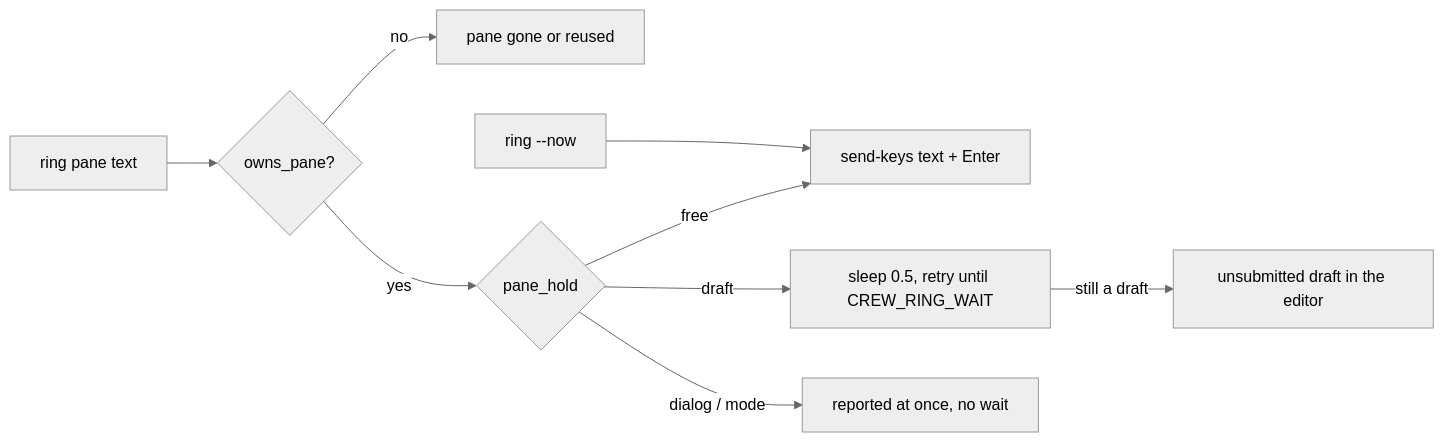
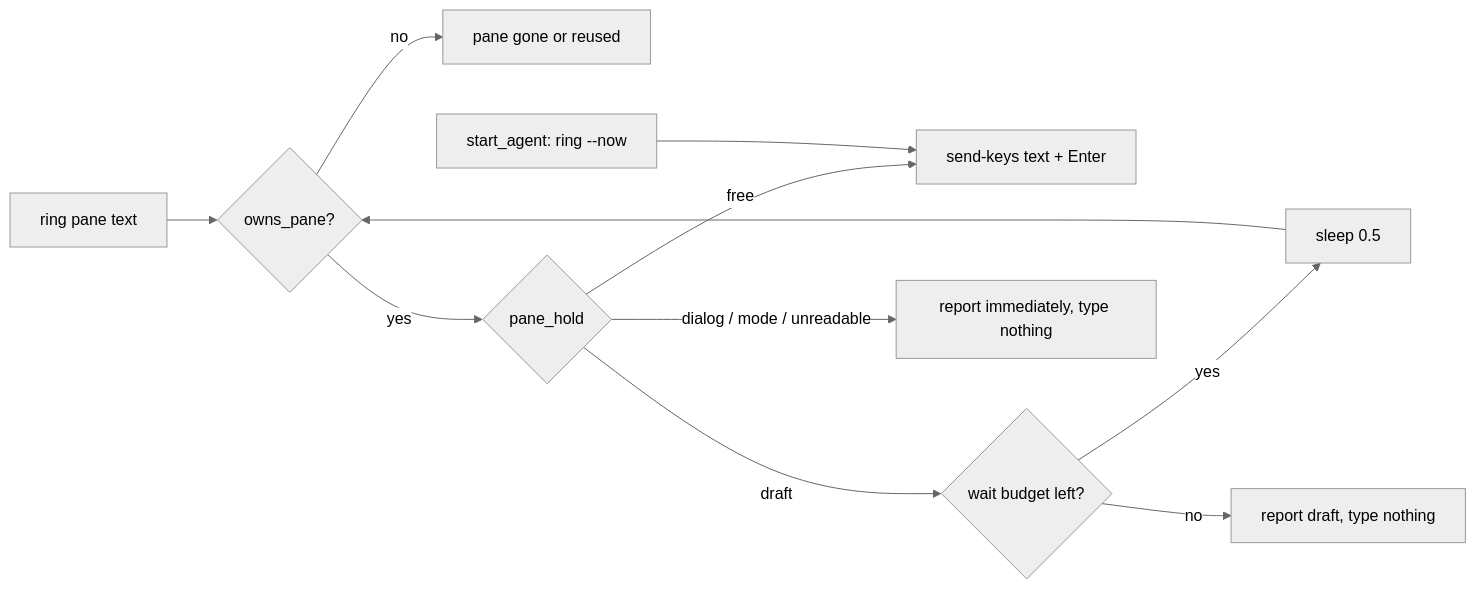
Before and after one commit to mifwar/crew: the second of 3 diagrams in lode/cli/messaging.md, drawn with Mermaid (neutral theme). The commit also changed other lines of this file and 11 other files, not shown here.

First line of the commit message:
fix: keep pane protection active with zero wait

````diff
--- a/lode/cli/messaging.md
+++ b/lode/cli/messaging.md
@@ -70,9 +71,12 @@
 ```mermaid
 flowchart LR
   ring[ring pane text] --> own{owns_pane?}
   own -- no --> gone["pane gone or reused"]
-  own -- yes --> ph{pane_hold} -- free --> type["send-keys text + Enter"]
-  ph -- draft --> wait["sleep 0.5, retry until CREW_RING_WAIT"] -- "still a draft" --> why["unsubmitted draft in the editor"]
-  ph -- "dialog / mode" --> why2["reported at once, no wait"]
-  now["ring --now"] --> type
+  own -- yes --> ph{pane_hold}
+  ph -- free --> type["send-keys text + Enter"]
+  ph -- draft --> budget{wait budget left?}
+  budget -- yes --> wait["sleep 0.5"] --> own
+  budget -- no --> why["report draft, type nothing"]
+  ph -- "dialog / mode / unreadable" --> why2["report immediately, type nothing"]
+  now["start_agent: ring --now"] --> type
 ```
````
